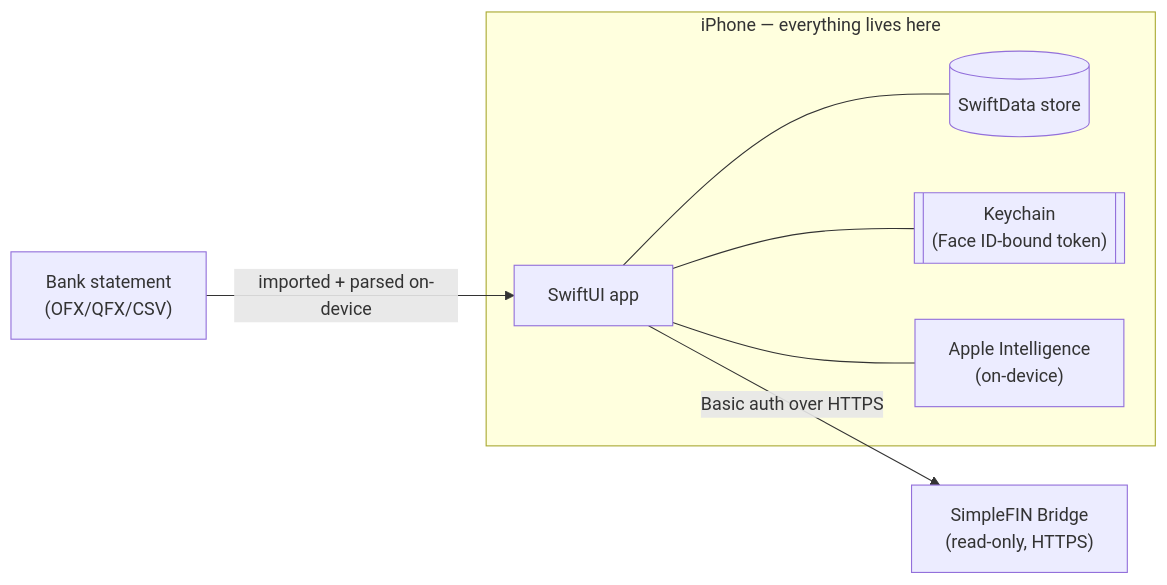
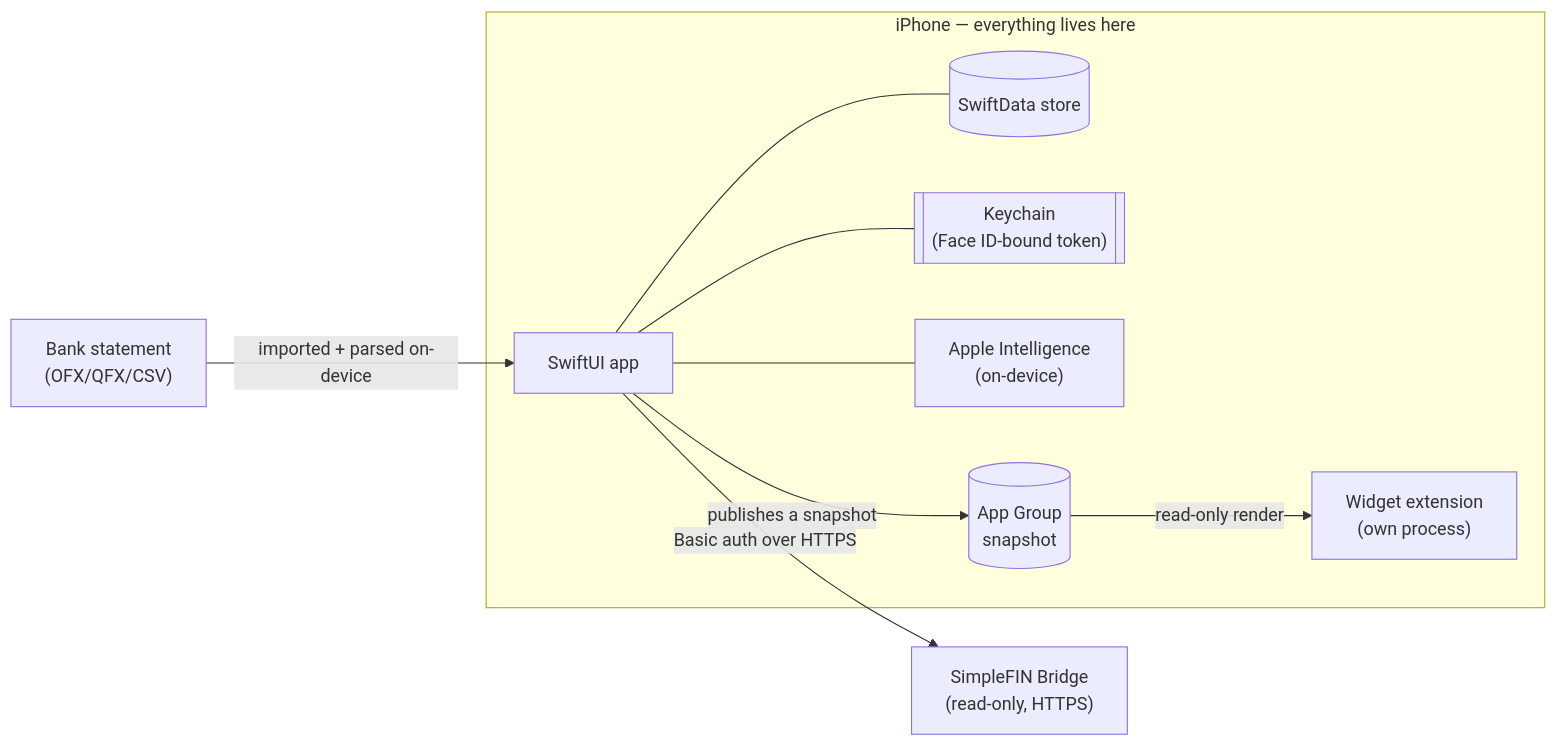
One commit to VamsiRatnakaram/PocketLocket changed the first of 8 diagrams in docs/ARCHITECTURE.md. Above: the diagram before and after it, drawn with Mermaid. The commit also changed other lines of this file and 35 other files, not shown here.

````diff
--- a/docs/ARCHITECTURE.md
+++ b/docs/ARCHITECTURE.md
@@ -28,18 +28,22 @@
 ```mermaid
 flowchart LR
     subgraph Device["iPhone — everything lives here"]
         UI["SwiftUI app"]
         Cache[("SwiftData store")]
         KC[["Keychain\n(Face ID-bound token)"]]
         AI["Apple Intelligence\n(on-device)"]
+        AG[("App Group\nsnapshot")]
+        W["Widget extension\n(own process)"]
         UI --- Cache
         UI --- KC
         UI --- AI
+        UI -- "publishes a snapshot" --> AG
+        AG -- "read-only render" --> W
     end
 
     Bridge["SimpleFIN Bridge\n(read-only, HTTPS)"]
     File["Bank statement\n(OFX/QFX/CSV)"]
 
     UI -- "Basic auth over HTTPS" --> Bridge
     File -- "imported + parsed on-device" --> UI
 ```
````
